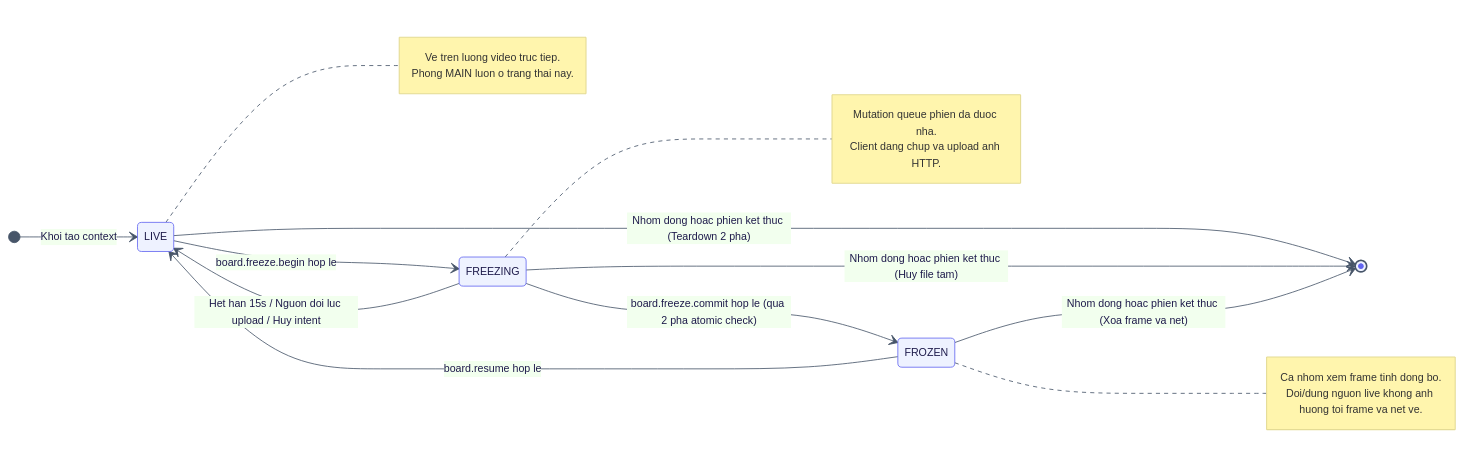
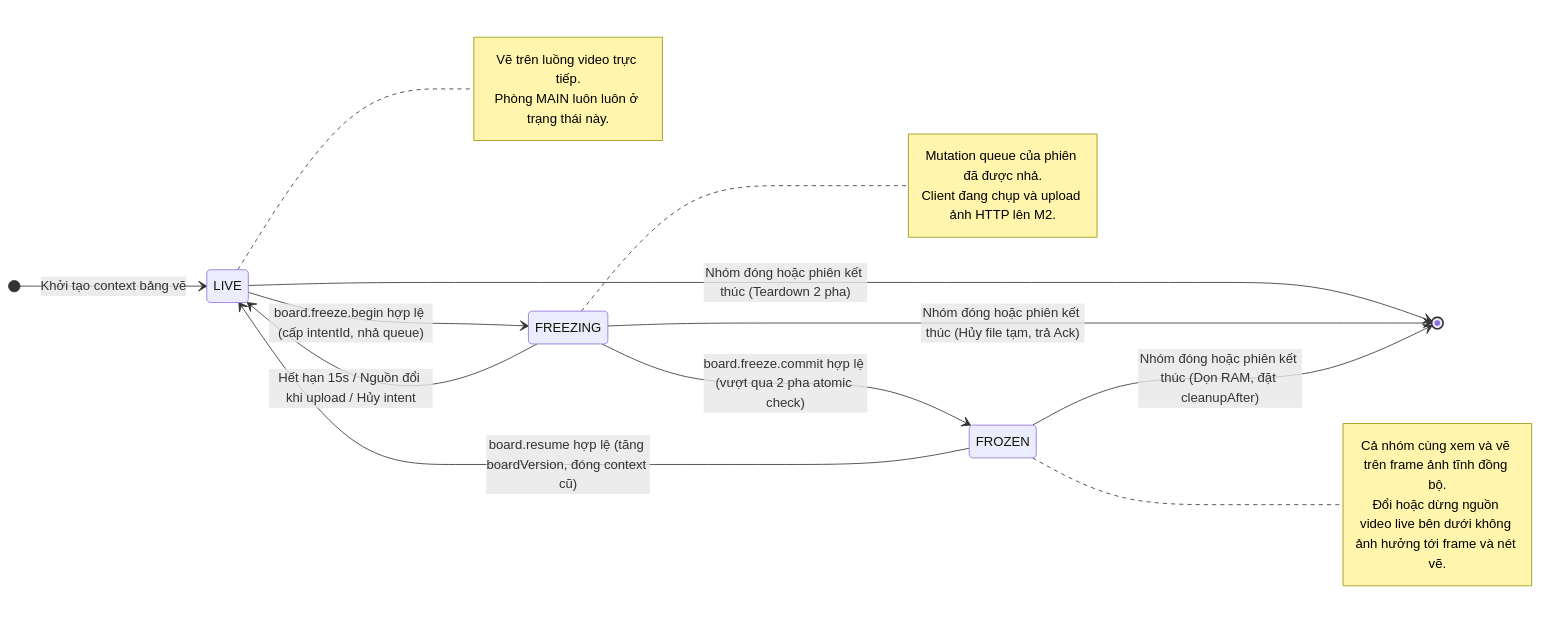
Before and after one commit to Lightning1507/CoLearnia: the second of 13 diagrams in docs/proposals/m5-board.md, drawn with Mermaid. The commit also changed other lines of this file, not shown here.

Commit message:
docs(board): align detailed design with mongodb standards and match m1-m4 diagram styling

````diff
--- a/docs/proposals/m5-board.md
+++ b/docs/proposals/m5-board.md
@@ -272,28 +239,27 @@
 ```mermaid
-%%{init: {"theme":"base","themeVariables":{"fontFamily":"Inter, Helvetica, Arial","fontSize":"13px","primaryColor":"#EEF2FF","primaryBorderColor":"#6366F1","primaryTextColor":"#1E1B4B","lineColor":"#475569"}}}%%
 stateDiagram-v2
   direction LR
-  [*] --> LIVE: Khoi tao context
-  LIVE --> FREEZING: board.freeze.begin hop le
-  FREEZING --> FROZEN: board.freeze.commit hop le (qua 2 pha atomic check)
-  FREEZING --> LIVE: Het han 15s / Nguon doi luc upload / Huy intent
-  FROZEN --> LIVE: board.resume hop le
-  LIVE --> [*]: Nhom dong hoac phien ket thuc (Teardown 2 pha)
-  FREEZING --> [*]: Nhom dong hoac phien ket thuc (Huy file tam)
-  FROZEN --> [*]: Nhom dong hoac phien ket thuc (Xoa frame va net)
+  [*] --> LIVE: Khởi tạo context bảng vẽ
+  LIVE --> FREEZING: board.freeze.begin hợp lệ (cấp intentId, nhả queue)
+  FREEZING --> FROZEN: board.freeze.commit hợp lệ (vượt qua 2 pha atomic check)
+  FREEZING --> LIVE: Hết hạn 15s / Nguồn đổi khi upload / Hủy intent
+  FROZEN --> LIVE: board.resume hợp lệ (tăng boardVersion, đóng context cũ)
+  LIVE --> [*]: Nhóm đóng hoặc phiên kết thúc (Teardown 2 pha)
+  FREEZING --> [*]: Nhóm đóng hoặc phiên kết thúc (Hủy file tạm, trả Ack)
+  FROZEN --> [*]: Nhóm đóng hoặc phiên kết thúc (Dọn RAM, đặt cleanupAfter)
 
   note right of LIVE
-    Ve tren luong video truc tiep.
-    Phong MAIN luon o trang thai nay.
+    Vẽ trên luồng video trực tiếp.
+    Phòng MAIN luôn luôn ở trạng thái này.
   end note
 
   note right of FREEZING
-    Mutation queue phien da duoc nha.
-    Client dang chup va upload anh HTTP.
+    Mutation queue của phiên đã được nhả.
+    Client đang chụp và upload ảnh HTTP lên M2.
   end note
 
   note right of FROZEN
-    Ca nhom xem frame tinh dong bo.
-    Doi/dung nguon live khong anh huong toi frame va net ve.
+    Cả nhóm cùng xem và vẽ trên frame ảnh tĩnh đồng bộ.
+    Đổi hoặc dừng nguồn video live bên dưới không ảnh hưởng tới frame và nét vẽ.
   end note
 ```
````
